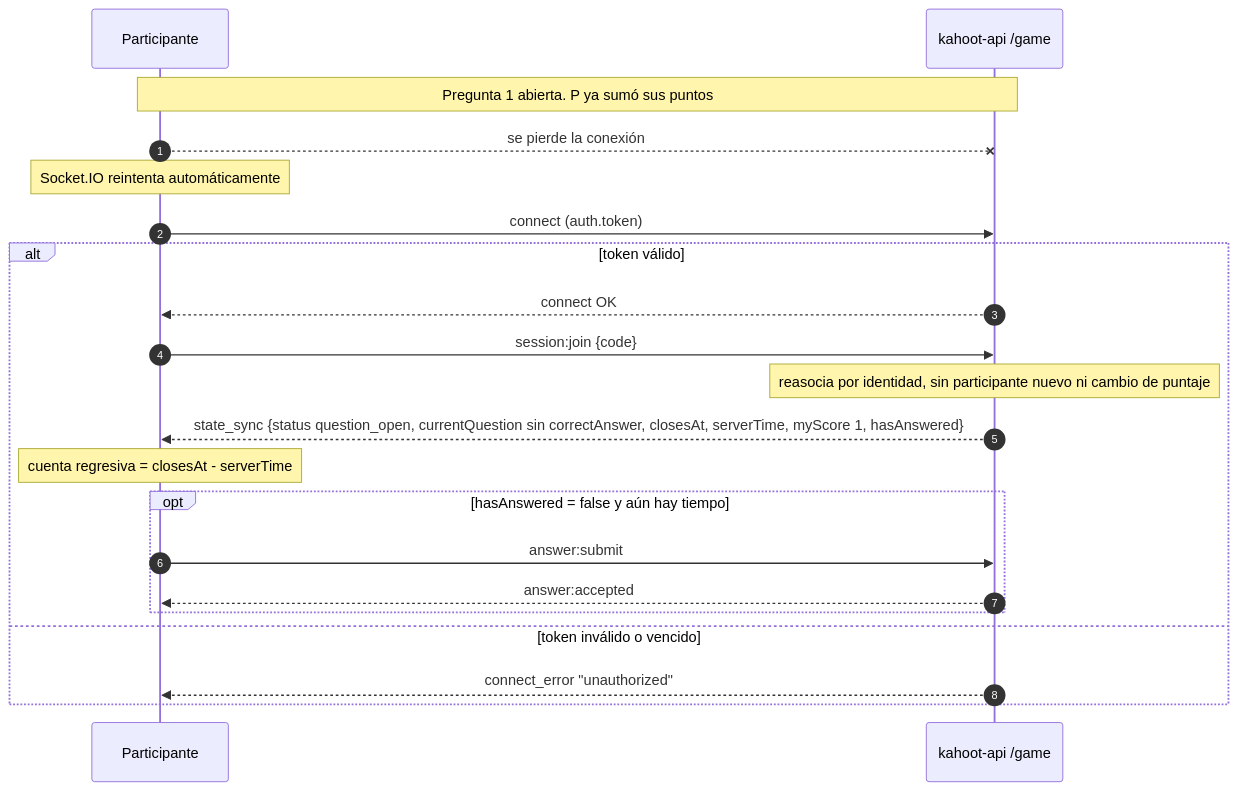
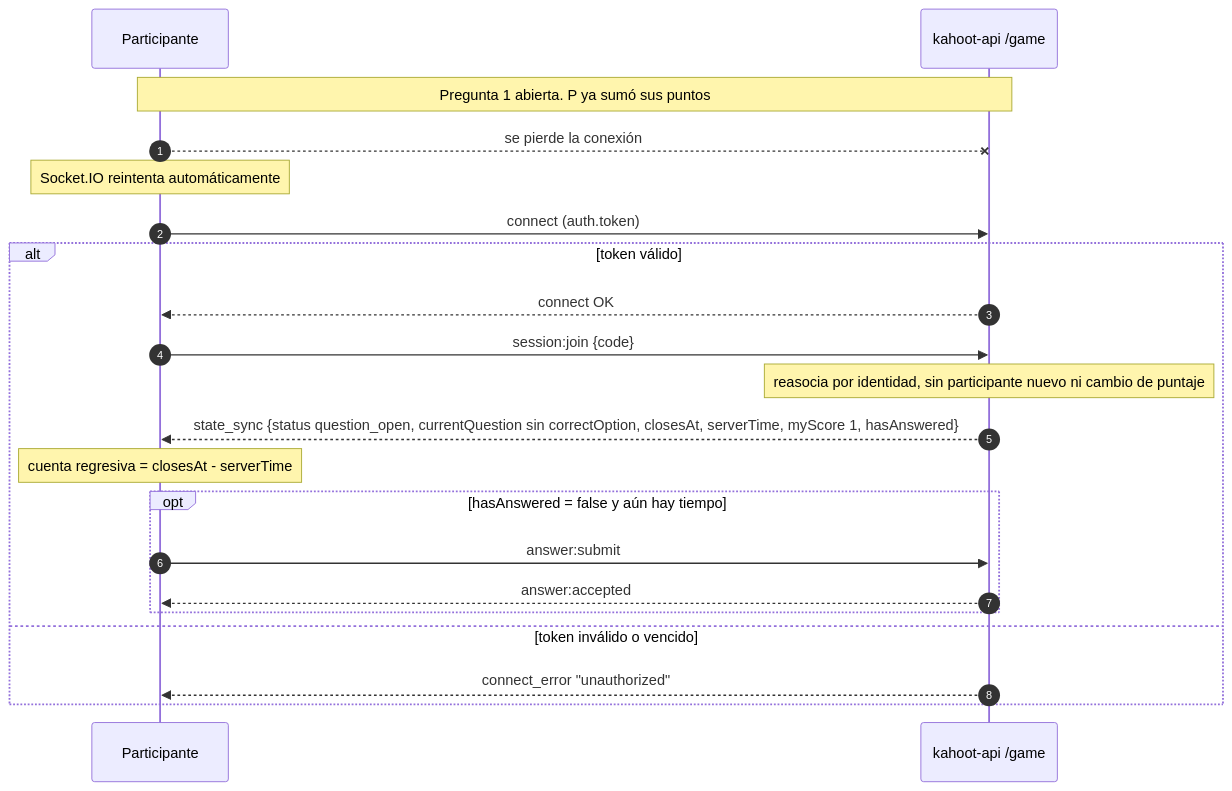
The third of 3 diagrams in packages/contracts/events/README.md (AaronSolano/ProyectoFinalParadigmas...), drawn with Mermaid before and after one commit. The commit also changed other lines of this file and 63 other files, not shown here.

````diff
--- a/packages/contracts/events/README.md
+++ b/packages/contracts/events/README.md
@@ -279,23 +282,23 @@
 ```mermaid
 sequenceDiagram
     autonumber
     participant P as Participante
     participant S as kahoot-api /game
     Note over P,S: Pregunta 1 abierta. P ya sumó sus puntos
     P--xS: se pierde la conexión
     Note over P: Socket.IO reintenta automáticamente
     P->>S: connect (auth.token)
     alt token válido
         S-->>P: connect OK
         P->>S: session:join {code}
         Note over S: reasocia por identidad, sin participante nuevo ni cambio de puntaje
-        S-->>P: state_sync {status question_open, currentQuestion sin correctAnswer, closesAt, serverTime, myScore 1, hasAnswered}
+        S-->>P: state_sync {status question_open, currentQuestion sin correctOption, closesAt, serverTime, myScore 1, hasAnswered}
         Note over P: cuenta regresiva = closesAt - serverTime
         opt hasAnswered = false y aún hay tiempo
             P->>S: answer:submit
             S-->>P: answer:accepted
         end
     else token inválido o vencido
         S-->>P: connect_error "unauthorized"
     end
 ```
````
